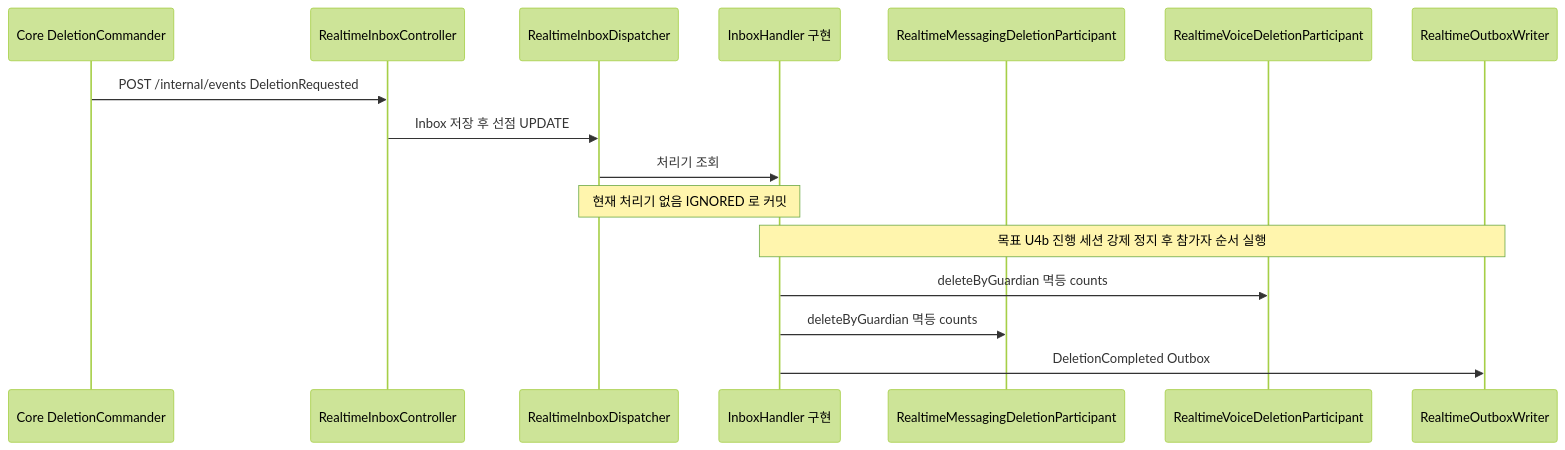
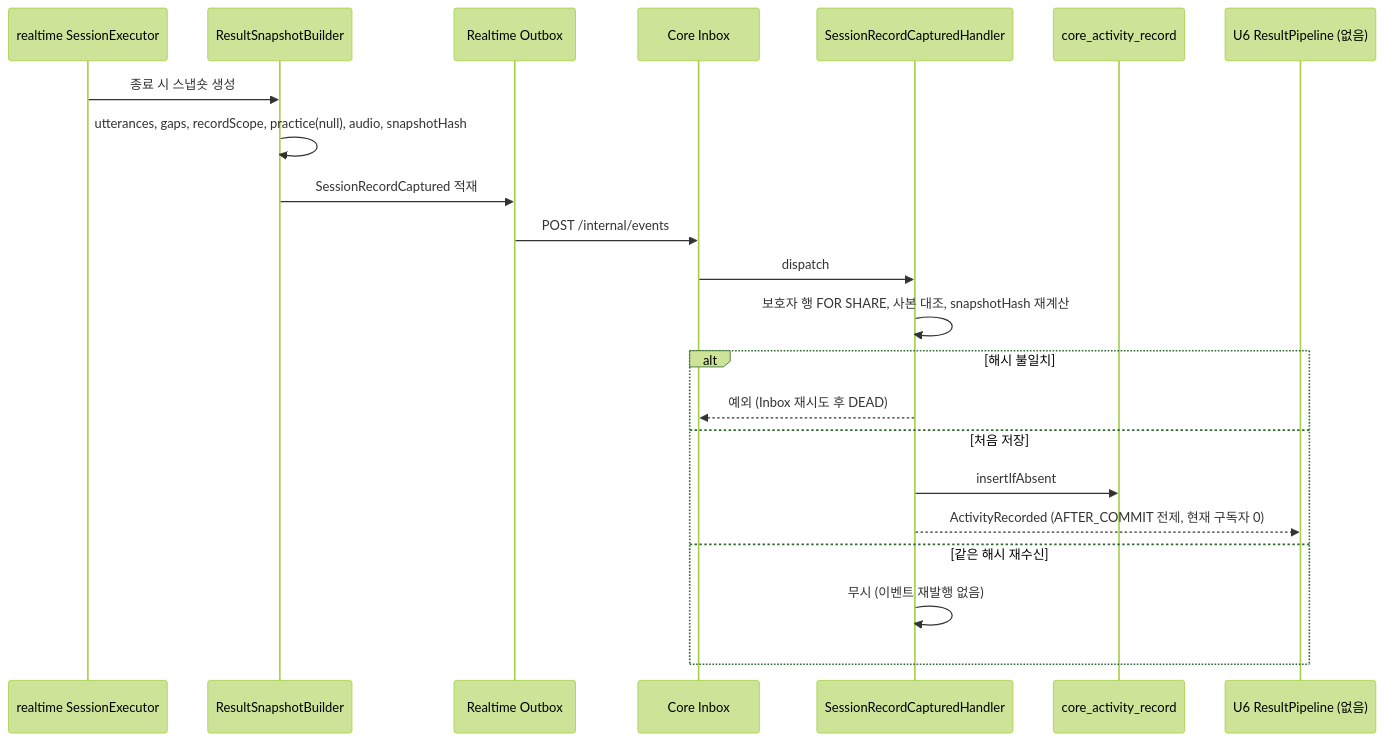
The second of 5 diagrams in aidlc/spaces/default/codekb/mujungi/architecture.md (team-jomyung/mujungi), drawn with Mermaid (forest theme) before and after one commit. The commit also changed other lines of this file and 452 other files, not shown here.

````diff
--- a/aidlc/spaces/default/codekb/mujungi/architecture.md
+++ b/aidlc/spaces/default/codekb/mujungi/architecture.md
@@ -245,18 +93,25 @@
 ```mermaid
 sequenceDiagram
-    participant Core as Core DeletionCommander
-    participant RIC as RealtimeInboxController
-    participant DSP as RealtimeInboxDispatcher
-    participant H as InboxHandler 구현
-    participant MP as RealtimeMessagingDeletionParticipant
-    participant VP as RealtimeVoiceDeletionParticipant
-    participant OB as RealtimeOutboxWriter
-    Core->>RIC: POST /internal/events DeletionRequested
-    RIC->>DSP: Inbox 저장 후 선점 UPDATE
-    DSP->>H: 처리기 조회
-    Note over DSP,H: 현재 처리기 없음 IGNORED 로 커밋
-    Note over H,OB: 목표 U4b 진행 세션 강제 정지 후 참가자 순서 실행
-    H->>VP: deleteByGuardian 멱등 counts
-    H->>MP: deleteByGuardian 멱등 counts
-    H->>OB: DeletionCompleted Outbox
+  participant RT as realtime SessionExecutor
+  participant RSB as ResultSnapshotBuilder
+  participant OB as Realtime Outbox
+  participant IN as Core Inbox
+  participant H as SessionRecordCapturedHandler
+  participant DB as core_activity_record
+  participant RP as U6 ResultPipeline (없음)
+
+  RT->>RSB: 종료 시 스냅숏 생성
+  RSB->>RSB: utterances, gaps, recordScope, practice(null), audio, snapshotHash
+  RSB->>OB: SessionRecordCaptured 적재
+  OB->>IN: POST /internal/events
+  IN->>H: dispatch
+  H->>H: 보호자 행 FOR SHARE, 사본 대조, snapshotHash 재계산
+  alt 해시 불일치
+    H-->>IN: 예외 (Inbox 재시도 후 DEAD)
+  else 처음 저장
+    H->>DB: insertIfAbsent
+    H-->>RP: ActivityRecorded (AFTER_COMMIT 전제, 현재 구독자 0)
+  else 같은 해시 재수신
+    H->>H: 무시 (이벤트 재발행 없음)
+  end
 ```
````
